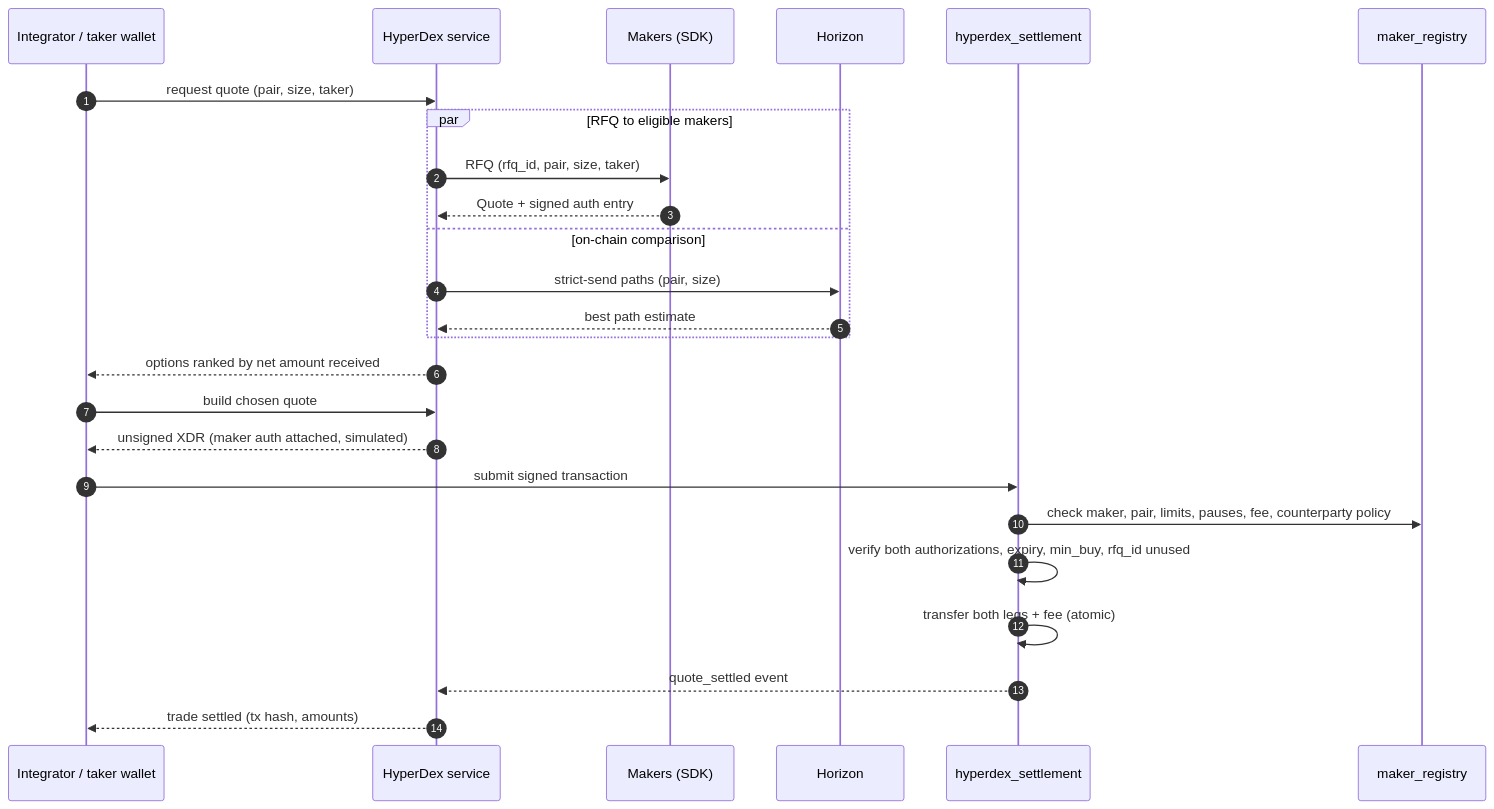
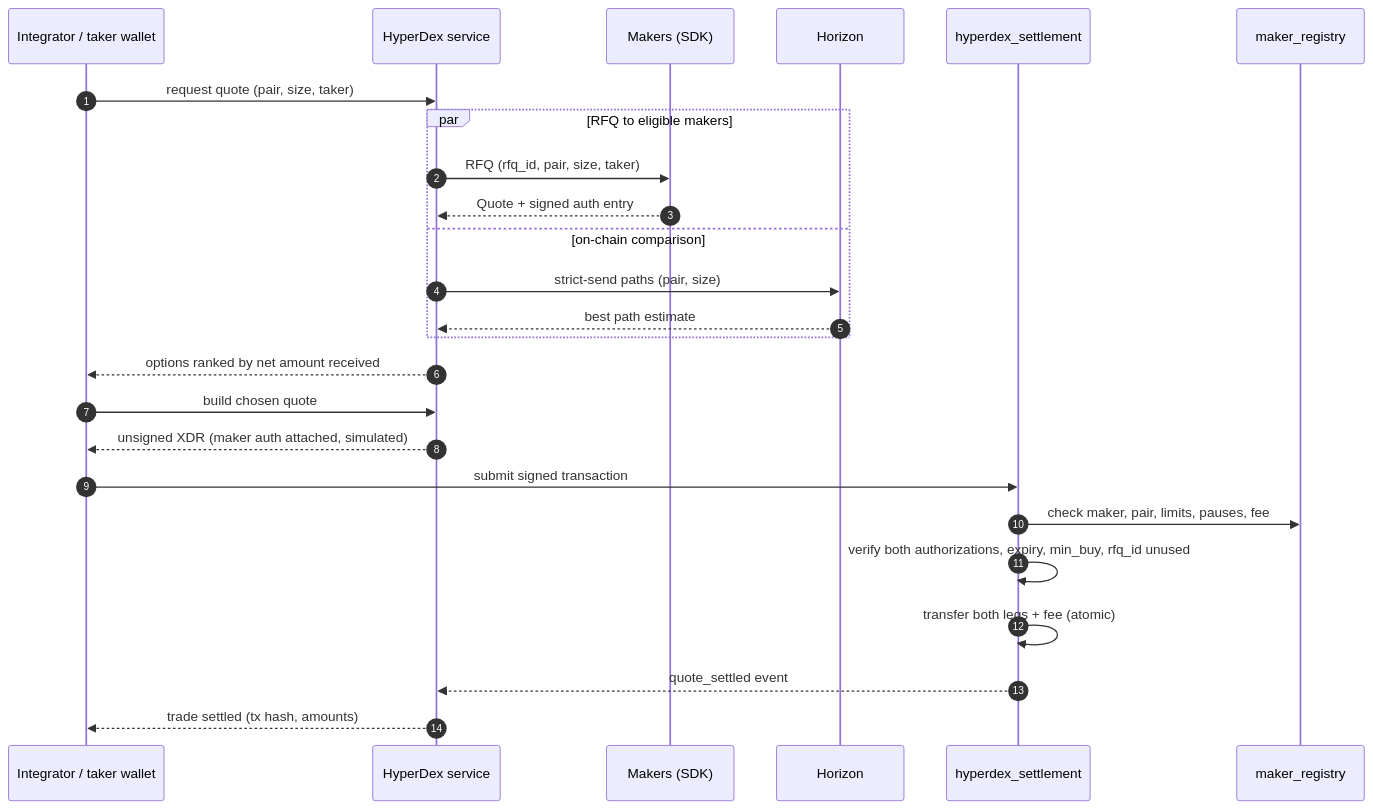
The second of 3 diagrams in docs/TARGET_ARCHITECTURE.md (hyperdexnetwork/HyperDex), drawn with Mermaid before and after one commit. The commit also changed other lines of this file and 1 other file, not shown here.

````diff
--- a/docs/TARGET_ARCHITECTURE.md
+++ b/docs/TARGET_ARCHITECTURE.md
@@ -313,28 +313,28 @@
 ```mermaid
 sequenceDiagram
     autonumber
     participant I as Integrator / taker wallet
     participant S as HyperDex service
     participant M as Makers (SDK)
     participant H as Horizon
     participant C as hyperdex_settlement
     participant R as maker_registry
 
     I->>S: request quote (pair, size, taker)
     par RFQ to eligible makers
         S->>M: RFQ (rfq_id, pair, size, taker)
         M-->>S: Quote + signed auth entry
     and on-chain comparison
         S->>H: strict-send paths (pair, size)
         H-->>S: best path estimate
     end
     S-->>I: options ranked by net amount received
     I->>S: build chosen quote
     S-->>I: unsigned XDR (maker auth attached, simulated)
     I->>C: submit signed transaction
-    C->>R: check maker, pair, limits, pauses, fee, counterparty policy
+    C->>R: check maker, pair, limits, pauses, fee
     C->>C: verify both authorizations, expiry, min_buy, rfq_id unused
     C->>C: transfer both legs + fee (atomic)
     C-->>S: quote_settled event
     S-->>I: trade settled (tx hash, amounts)
 ```
````
